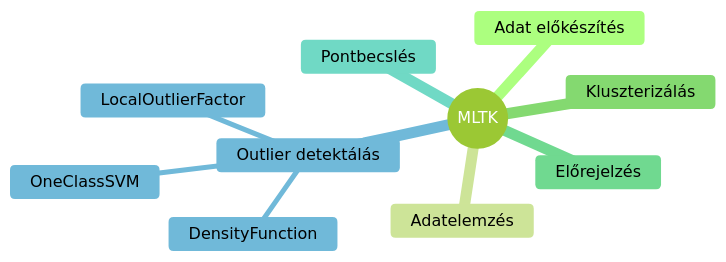
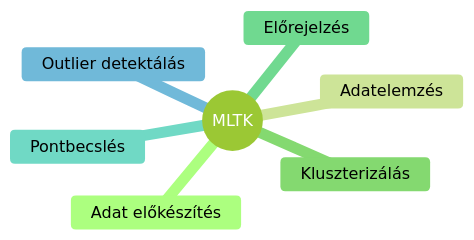
One commit to Fibutterfly/SplunkUserGroupMLTK changed the second of 7 diagrams in notes/210_mltk_eszközök.md. Above: the diagram before and after it, drawn with Mermaid (forest theme). The commit also changed other lines of this file and 1 other file, not shown here.

````diff
--- a/notes/210_mltk_eszközök.md
+++ b/notes/210_mltk_eszközök.md
@@ -76,13 +76,10 @@
 ```mermaid
 mindmap
   root((MLTK))
     Adat előkészítés
     Adatelemzés
     Kluszterizálás
     Előrejelzés
     Pontbecslés
     Outlier detektálás
-      DensityFunction
-      LocalOutlierFactor
-      OneClassSVM
 ```
````
